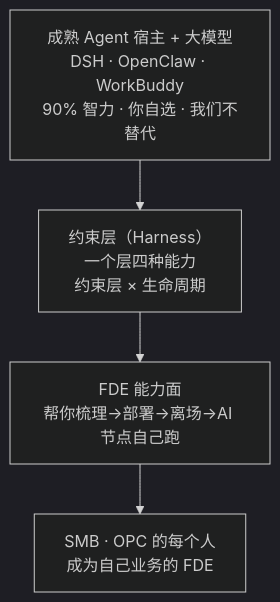
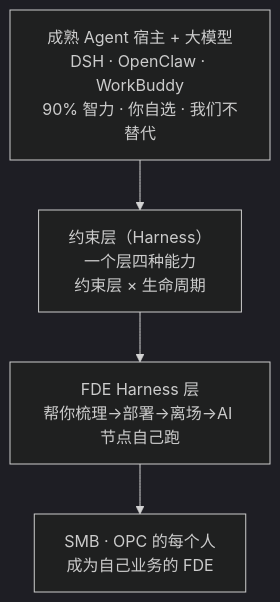
The first of 10 diagrams in docs/ARCHITECTURE.md (KongFangXun/sofagent), drawn with Mermaid (dark theme) before and after one commit. The commit also changed other lines of this file and 6 other files, not shown here.

First line of the commit message:
docs(叙事): 全站统一「FDE Harness 层」——夹在 Agent 与模型之间做治理

````diff
--- a/docs/ARCHITECTURE.md
+++ b/docs/ARCHITECTURE.md
@@ -14,6 +14,6 @@
 ```mermaid
 graph TD
     A[成熟 Agent 宿主 + 大模型<br/>DSH · OpenClaw · WorkBuddy<br/>90% 智力 · 你自选 · 我们不替代] --> B[约束层（Harness）<br/>一个层四种能力<br/>约束层 × 生命周期]
-    B --> C[FDE 能力面<br/>帮你梳理→部署→离场→AI 节点自己跑]
+    B --> C[FDE Harness 层<br/>帮你梳理→部署→离场→AI 节点自己跑]
     C --> D[SMB · OPC 的每个人<br/>成为自己业务的 FDE]
 ```
````
